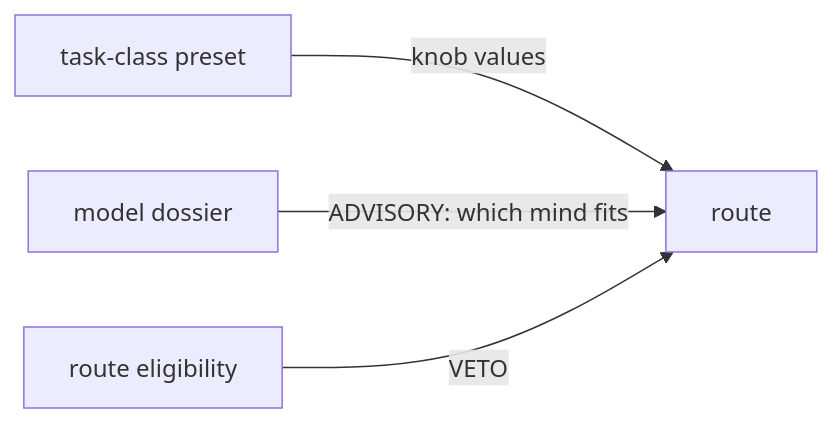
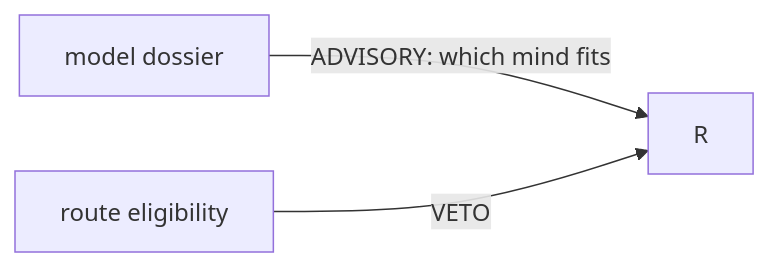
The diagram in docs/model-dossier.md (mblauberg/provenant), drawn with Mermaid before and after one commit. The commit also changed other lines of this file and 33 other files, not shown here.

````diff
--- a/docs/model-dossier.md
+++ b/docs/model-dossier.md
@@ -34,6 +34,5 @@
 ```mermaid
 flowchart LR
-  A[task-class preset] -->|knob values| R[route]
   D[model dossier] -->|ADVISORY: which mind fits| R
   G[route eligibility] -->|VETO| R
 ```
````
